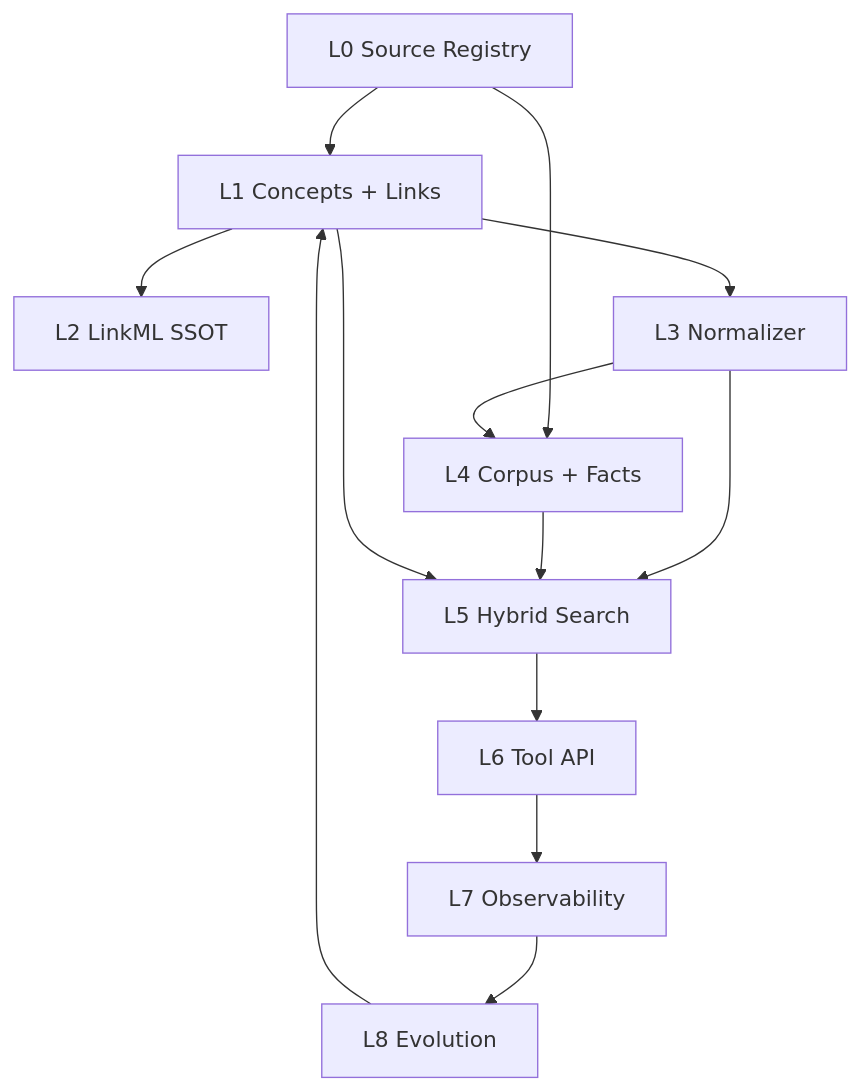
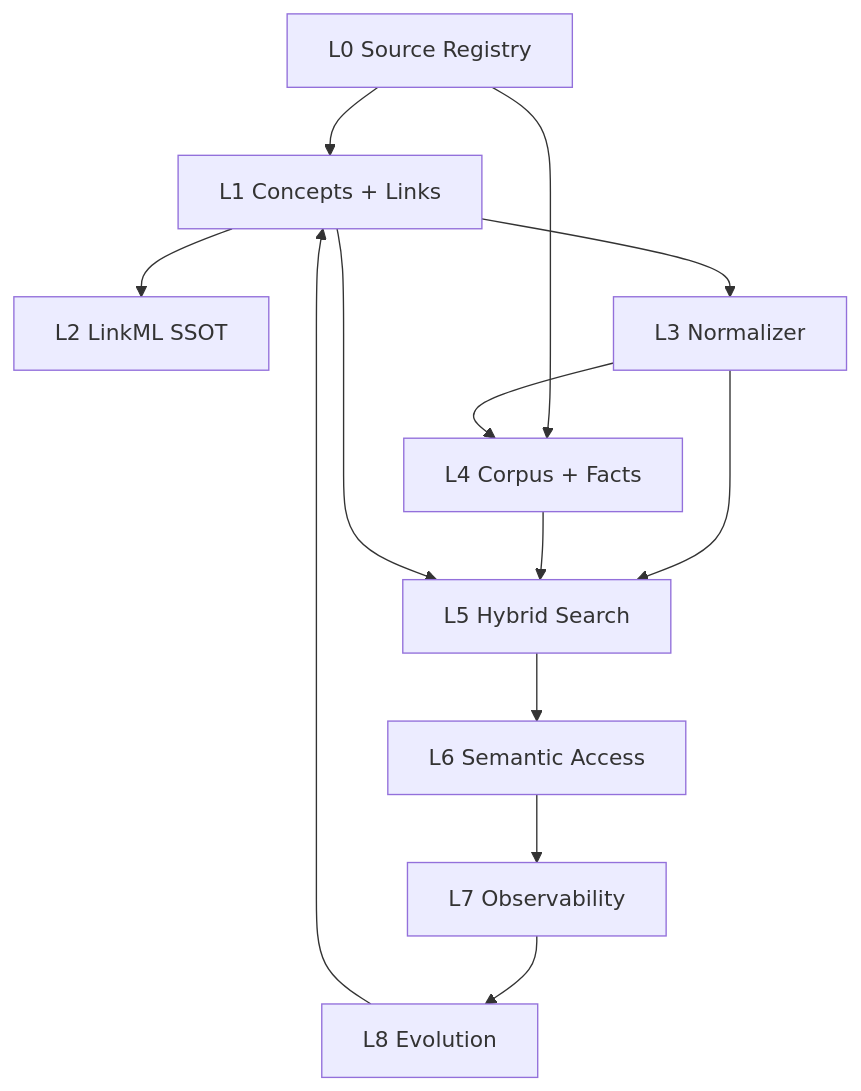
Before and after one commit to zhiweio/biomed-ontology: the diagram in docs/architecture/layers.md, drawn with Mermaid. The commit also changed other lines of this file and 24 other files, not shown here.

First line of the commit message:
refactor: rename all references from semantic tool api to semantic access

````diff
--- a/docs/architecture/layers.md
+++ b/docs/architecture/layers.md
@@ -37,15 +42,15 @@
 ```mermaid
 flowchart TB
   L0[L0 Source Registry] --> L1[L1 Concepts + Links]
   L1 --> L2[L2 LinkML SSOT]
   L1 --> L3[L3 Normalizer]
   L0 --> L4[L4 Corpus + Facts]
   L3 --> L4
   L3 --> L5[L5 Hybrid Search]
   L4 --> L5
   L1 --> L5
-  L5 --> L6[L6 Tool API]
+  L5 --> L6[L6 Semantic Access]
   L6 --> L7[L7 Observability]
   L7 --> L8[L8 Evolution]
   L8 --> L1
 ```
````
